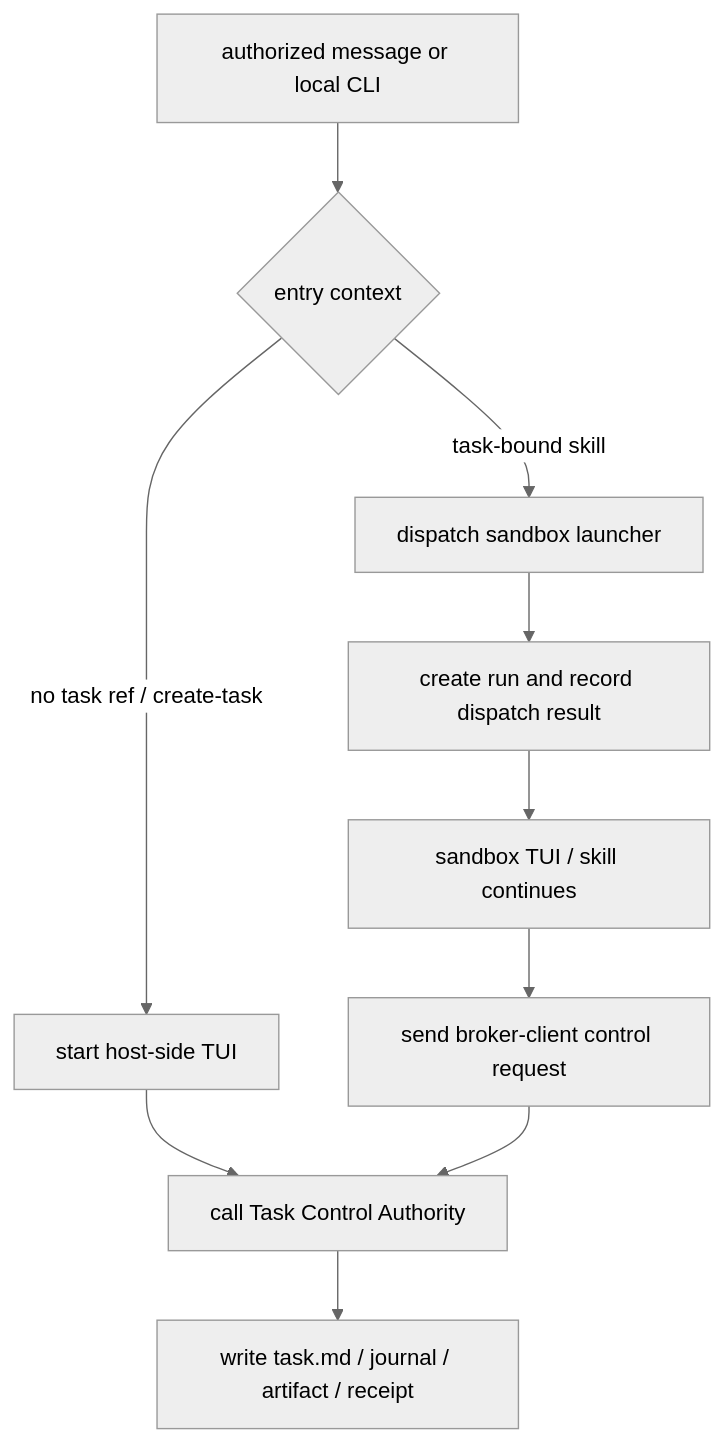
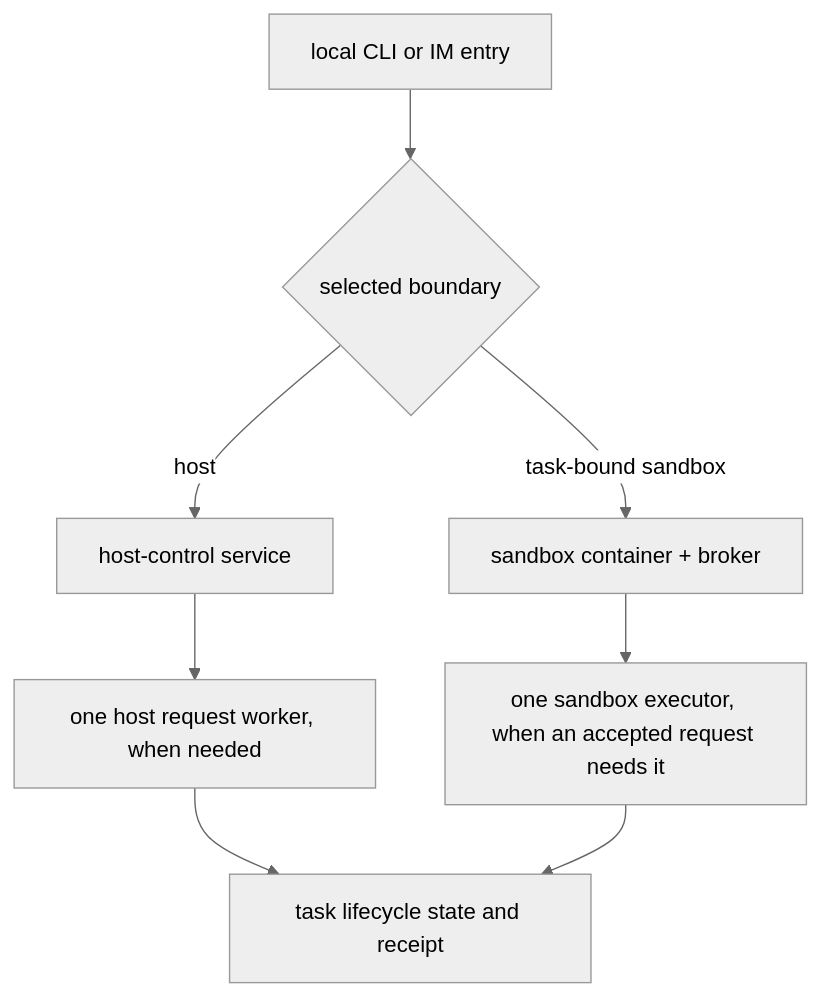
One commit to fitlab-ai/agent-infra changed the fourth of 4 diagrams in docs/en/architecture.md. Above: the diagram before and after it, drawn with Mermaid (neutral theme). The commit also changed other lines of this file and 1 other file, not shown here.

Commit message:
docs(architecture): clarify runtime process topology

````diff
--- a/docs/en/architecture.md
+++ b/docs/en/architecture.md
@@ -149,12 +140,10 @@
 ```mermaid
 flowchart TD
-  IN["authorized message or local CLI"] --> ENTRY{"entry context"}
-  ENTRY -->|no task ref / create-task| HOST["start host-side TUI"]
-  ENTRY -->|task-bound skill| DISPATCH["dispatch sandbox launcher"]
-  HOST --> AUTH["call Task Control Authority"]
-  DISPATCH --> RUN["create run and record dispatch result"]
-  RUN --> TUI["sandbox TUI / skill continues"]
-  TUI --> BROKER["send broker-client control request"]
-  BROKER --> AUTH
-  AUTH --> STATE["write task.md / journal / artifact / receipt"]
+  ENTRY["local CLI or IM entry"] --> ROUTE{"selected boundary"}
+  ROUTE -->|host| HC["host-control service"]
+  ROUTE -->|task-bound sandbox| SB["sandbox container + broker"]
+  HC --> HW["one host request worker, when needed"]
+  SB --> EX["one sandbox executor, when an accepted request needs it"]
+  HW --> STATE["task lifecycle state and receipt"]
+  EX --> STATE
 ```
````
